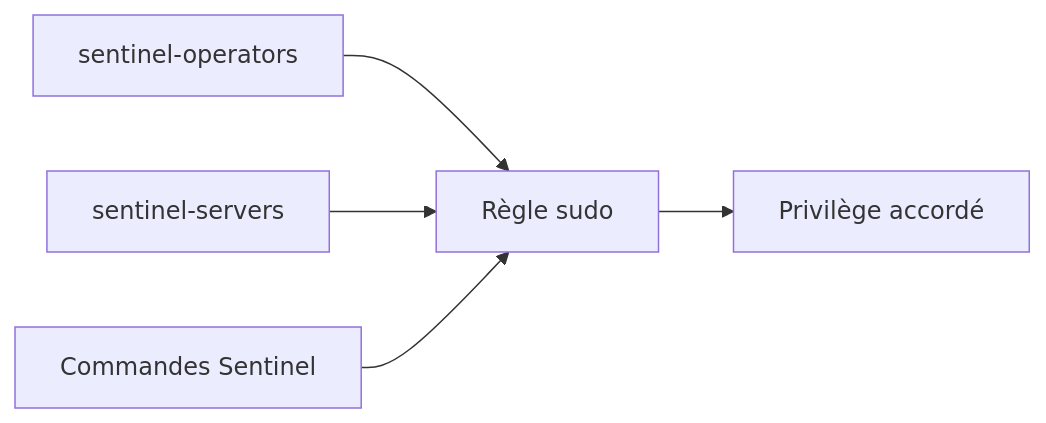
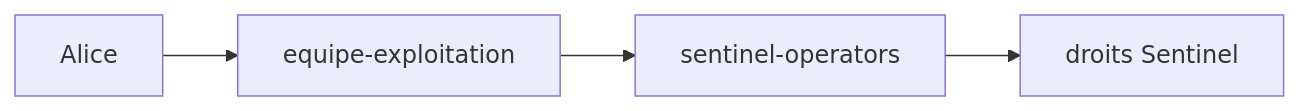
One commit to tdelaclos/formations changed the second of 3 diagrams in sentinel/docs/campagne_08/8.5-groupes-roles.md. Above: the diagram before and after it, drawn with Mermaid. The commit also changed other lines of this file and 10 other files, not shown here.

````diff
--- a/sentinel/docs/campagne_08/8.5-groupes-roles.md
+++ b/sentinel/docs/campagne_08/8.5-groupes-roles.md
@@ -982,15 +127,6 @@
 ```mermaid
 flowchart LR
-
-    OPS[sentinel-operators]
-
-    HOSTS[sentinel-servers]
-
-    COMMANDS[Commandes Sentinel]
-
-    OPS --> SUDO[Règle sudo]
-    HOSTS --> SUDO
-    COMMANDS --> SUDO
-
-    SUDO --> ACCESS[Privilège accordé]
+    Alice --> Team["equipe-exploitation"]
+    Team --> Operators["sentinel-operators"]
+    Operators --> Rights["droits Sentinel"]
 ```
````
